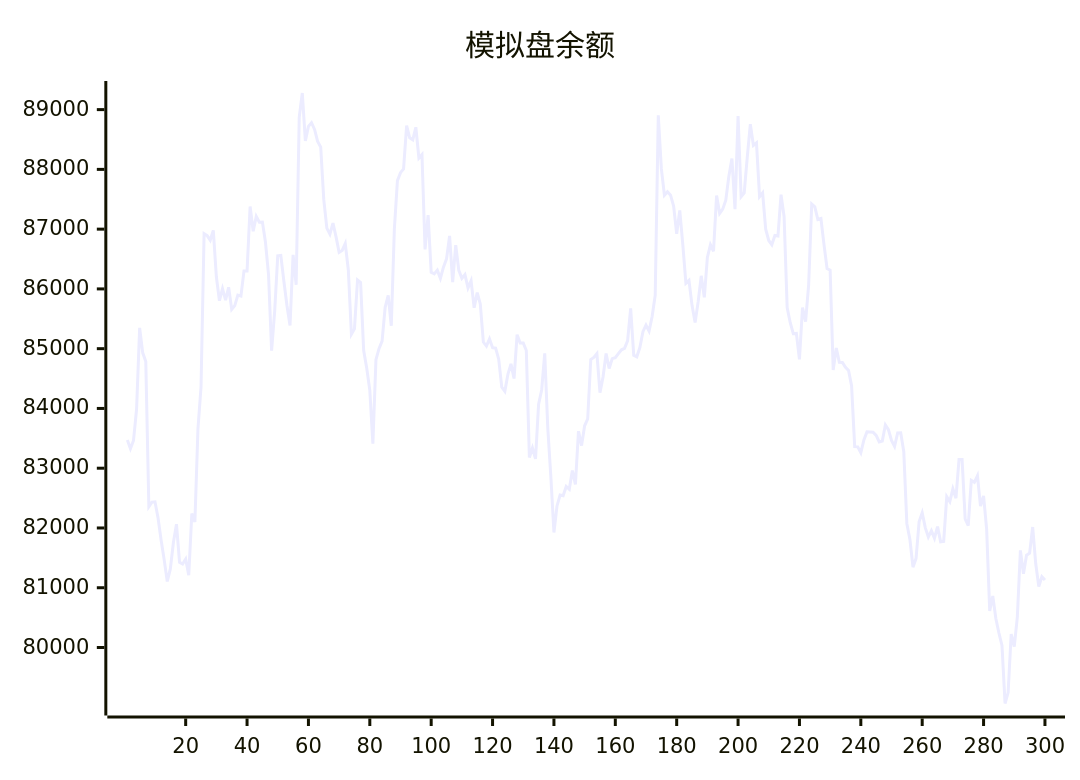
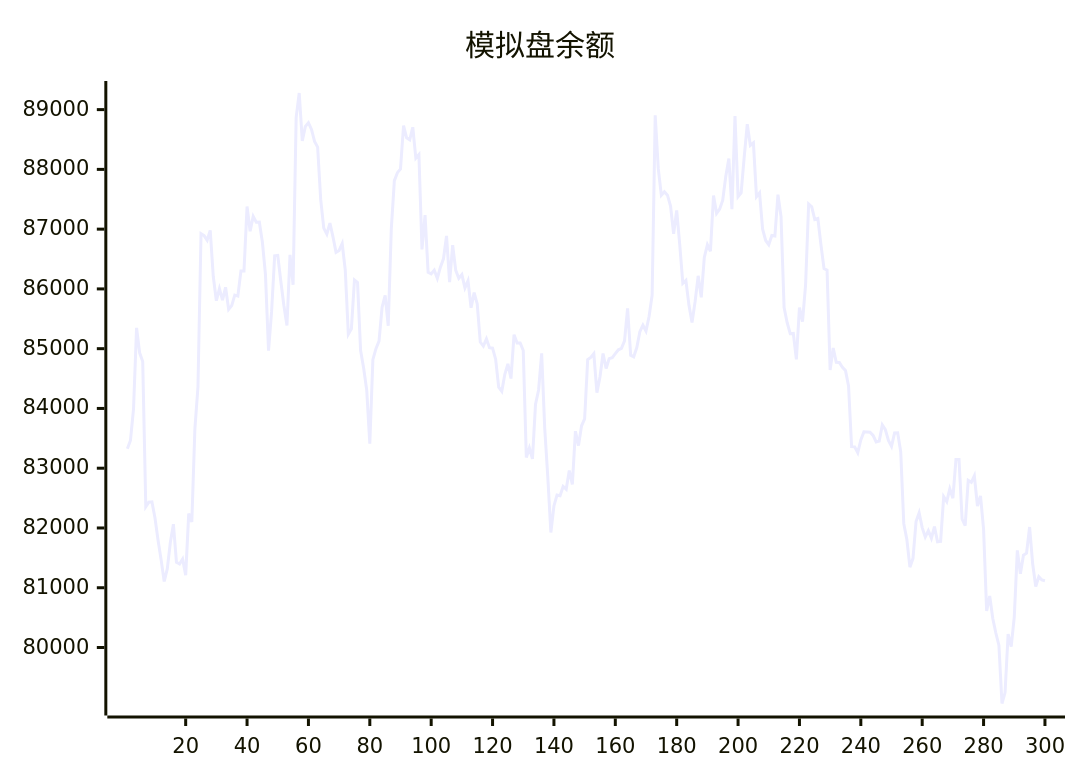
The diagram in README.md (aahl/ai-trading), drawn with Mermaid before and after one commit. The commit also changed other lines of this file and 1 other file, not shown here.

````diff
--- a/README.md
+++ b/README.md
@@ -5,5 +5,5 @@
 ```mermaid
 xychart
     title "模拟盘余额"
-    line [83470,83327,83465,83987,85348,84930,84786,82355,82433,82438,82167,81795,81466,81105,81315,81756,82064,81426,81398,81481,81210,82242,82099,83658,84359,86925,86892,86814,86980,86203,85802,86003,85811,86028,85657,85721,85896,85880,86300,86299,87378,86965,87214,87115,87118,86780,86238,84966,85623,86555,86562,86129,85722,85387,86569,86070,88870,89278,88477,88720,88781,88668,88467,88372,87493,87018,86917,87102,86870,86613,86644,86758,86317,85242,85334,86149,86106,84968,84671,84302,83410,84816,85001,85127,85693,85891,85384,87001,87811,87945,88007,88734,88528,88495,88705,88189,88248,86662,87234,86279,86251,86314,86177,86364,86503,86886,86114,86731,86310,86176,86240,86017,86136,85685,85938,85749,85111,85044,85164,85016,85008,84824,84354,84287,84572,84745,84500,85234,85096,85095,84970,83180,83338,83157,84070,84309,84922,83667,82850,81924,82369,82552,82539,82695,82648,82962,82728,83619,83378,83710,83825,84819,84854,84917,84265,84527,84919,84668,84834,84850,84916,84981,85004,85131,85674,84891,84864,85019,85284,85393,85294,85538,85894,88904,88012,87567,87625,87568,87386,86920,87313,86737,86094,86143,85725,85437,85787,86219,85859,86526,86740,86630,87563,87264,87335,87483,87886,88180,87335,88894,87544,87608,88207,88755,88401,88444,87543,87608,87000,86810,86740,86894,86884,87576,87209,85686,85435,85251,85255,84820,85689,85453,86066,87420,87373,87161,87178,86740,86341,86315,84643,85012,84772,84768,84690,84635,84376,83360,83357,83259,83474,83608,83606,83602,83548,83440,83454,83724,83644,83464,83365,83590,83592,83275,82072,81806,81344,81492,82109,82254,82006,81848,81955,81829,82022,81769,81776,82522,82441,82656,82498,83144,83144,82150,82038,82797,82763,82872,82367,82536,81981,80612,80862,80484,80242,80034,79063,79245,80226,80016,80507,81625,81233,81544,81578,82016,81401,81019,81186,81130]
+    line [83327,83465,83987,85348,84930,84786,82355,82433,82438,82167,81795,81466,81105,81315,81756,82064,81426,81398,81481,81210,82242,82099,83658,84359,86925,86892,86814,86980,86203,85802,86003,85811,86028,85657,85721,85896,85880,86300,86299,87378,86965,87214,87115,87118,86780,86238,84966,85623,86555,86562,86129,85722,85387,86569,86070,88870,89278,88477,88720,88781,88668,88467,88372,87493,87018,86917,87102,86870,86613,86644,86758,86317,85242,85334,86149,86106,84968,84671,84302,83410,84816,85001,85127,85693,85891,85384,87001,87811,87945,88007,88734,88528,88495,88705,88189,88248,86662,87234,86279,86251,86314,86177,86364,86503,86886,86114,86731,86310,86176,86240,86017,86136,85685,85938,85749,85111,85044,85164,85016,85008,84824,84354,84287,84572,84745,84500,85234,85096,85095,84970,83180,83338,83157,84070,84309,84922,83667,82850,81924,82369,82552,82539,82695,82648,82962,82728,83619,83378,83710,83825,84819,84854,84917,84265,84527,84919,84668,84834,84850,84916,84981,85004,85131,85674,84891,84864,85019,85284,85393,85294,85538,85894,88904,88012,87567,87625,87568,87386,86920,87313,86737,86094,86143,85725,85437,85787,86219,85859,86526,86740,86630,87563,87264,87335,87483,87886,88180,87335,88894,87544,87608,88207,88755,88401,88444,87543,87608,87000,86810,86740,86894,86884,87576,87209,85686,85435,85251,85255,84820,85689,85453,86066,87420,87373,87161,87178,86740,86341,86315,84643,85012,84772,84768,84690,84635,84376,83360,83357,83259,83474,83608,83606,83602,83548,83440,83454,83724,83644,83464,83365,83590,83592,83275,82072,81806,81344,81492,82109,82254,82006,81848,81955,81829,82022,81769,81776,82522,82441,82656,82498,83144,83144,82150,82038,82797,82763,82872,82367,82536,81981,80612,80862,80484,80242,80034,79063,79245,80226,80016,80507,81625,81233,81544,81578,82016,81401,81019,81186,81130,81118]
 ```
````
